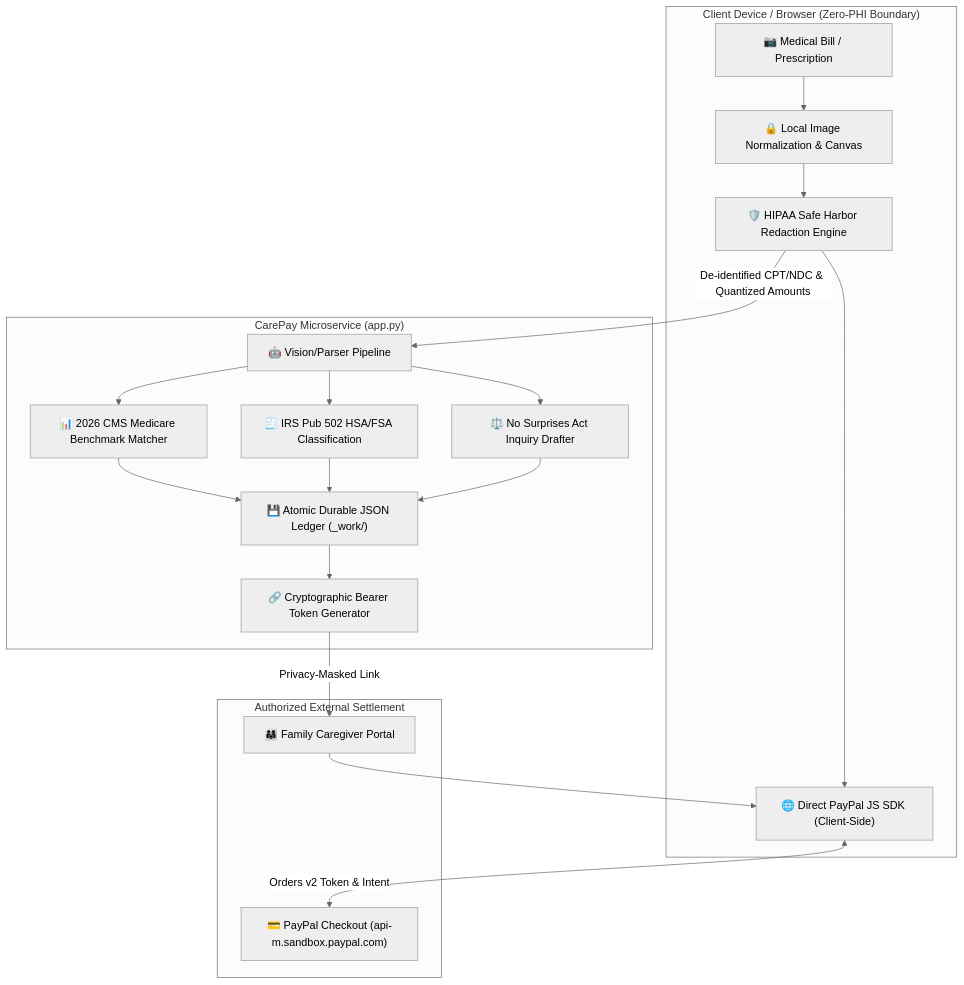
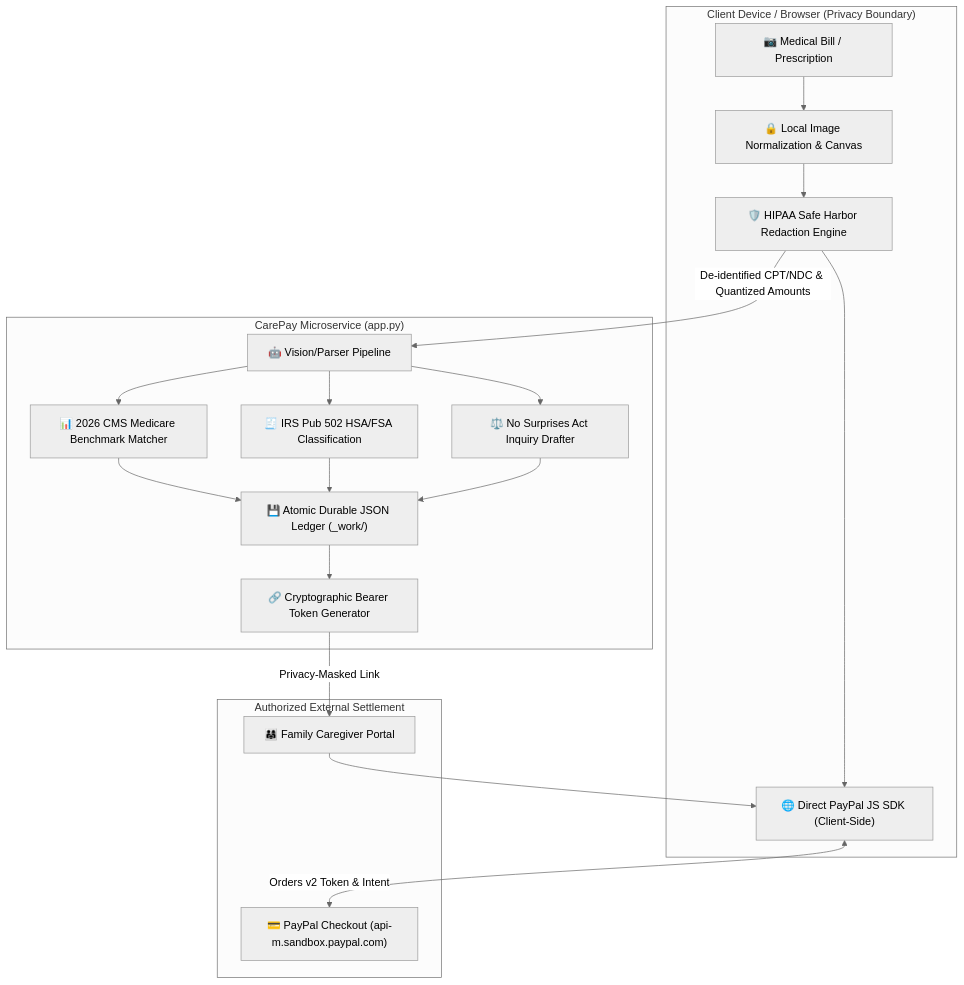
Before and after one commit to Lainholic/CareFree: the diagram in README.md, drawn with Mermaid (neutral theme). The commit also changed other lines of this file and 1 other file, not shown here.

````diff
--- a/README.md
+++ b/README.md
@@ -39,23 +39,23 @@
 ```mermaid
 flowchart TD
-    subgraph Client ["Client Device / Browser (Zero-PHI Boundary)"]
+    subgraph Client ["Client Device / Browser (Privacy Boundary)"]
         A["📷 Medical Bill / Prescription"] --> B["🔒 Local Image Normalization & Canvas"]
         B --> C["🛡️ HIPAA Safe Harbor Redaction Engine"]
         C --> D["🌐 Direct PayPal JS SDK (Client-Side)"]
     end
 
     subgraph CarePayServer ["CarePay Microservice (app.py)"]
         C -->|"De-identified CPT/NDC & Quantized Amounts"| E["🤖 Vision/Parser Pipeline"]
         E --> F["📊 2026 CMS Medicare Benchmark Matcher"]
         E --> G["🧾 IRS Pub 502 HSA/FSA Classification"]
         E --> H["⚖️ No Surprises Act Inquiry Drafter"]
         F & G & H --> I["💾 Atomic Durable JSON Ledger (_work/)"]
         I --> J["🔗 Cryptographic Bearer Token Generator"]
     end
 
     subgraph ExternalSettlement ["Authorized External Settlement"]
         D <-->|"Orders v2 Token & Intent"| K["💳 PayPal Checkout (api-m.sandbox.paypal.com)"]
         J -->|"Privacy-Masked Link"| L["👨‍👩‍👧 Family Caregiver Portal"]
         L --> D
     end
 ```
````
